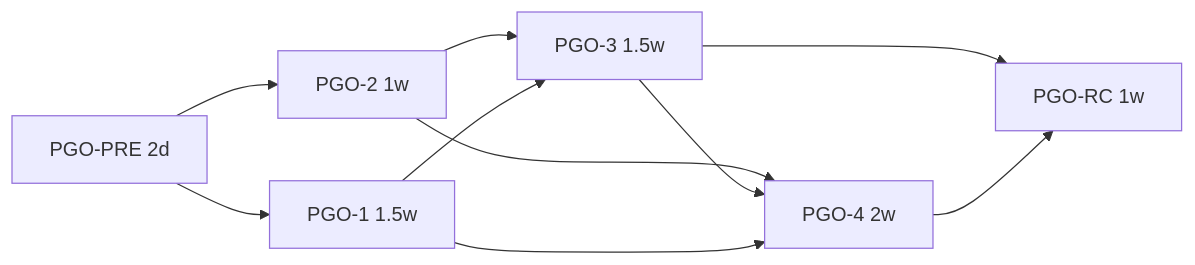
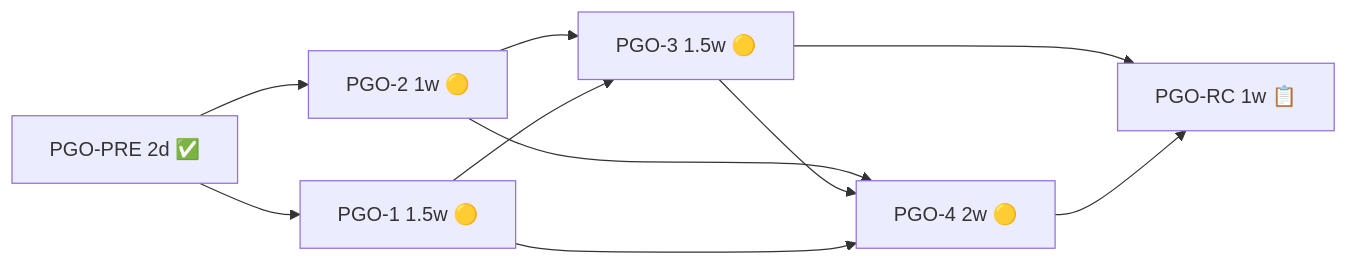
The diagram in docs/development/58-prompt-governance.development.md (AmarsDing/aranea-agents), drawn with Mermaid before and after one commit. The commit also changed other lines of this file and 59 other files, not shown here.

First line of the commit message:
feat: 新增预规划门控与意图传递默认值优化

````diff
--- a/docs/development/58-prompt-governance.development.md
+++ b/docs/development/58-prompt-governance.development.md
@@ -371,12 +457,12 @@
 ```mermaid
 flowchart LR
-    PRE[PGO-PRE 2d] --> P1[PGO-1 1.5w]
-    PRE --> P2[PGO-2 1w]
-    P2 --> P3[PGO-3 1.5w]
+    PRE[PGO-PRE 2d ✅] --> P1[PGO-1 1.5w 🟡]
+    PRE --> P2[PGO-2 1w 🟡]
+    P2 --> P3[PGO-3 1.5w 🟡]
     P1 --> P3
-    P2 --> P4[PGO-4 2w]
+    P2 --> P4[PGO-4 2w 🟡]
     P3 --> P4
     P1 --> P4
-    P3 --> RC[PGO-RC 1w]
+    P3 --> RC[PGO-RC 1w 📋]
     P4 --> RC
 ```
````
